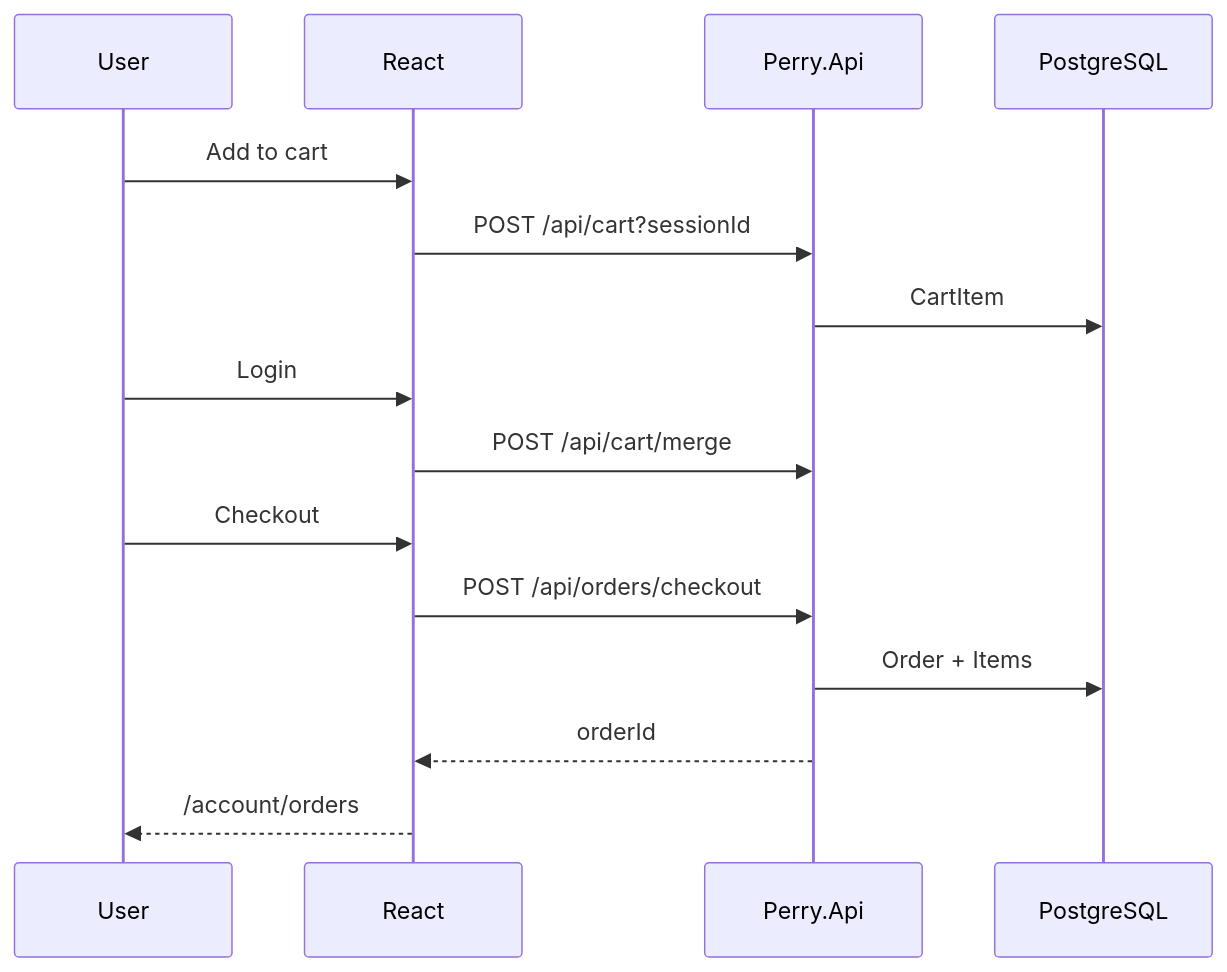
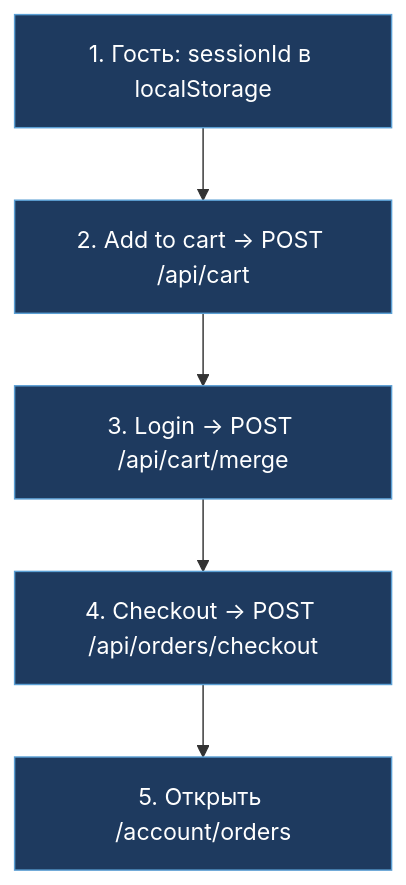
One commit to ITSTEP-PERRY/perry-front changed the diagram in project_defense/12_frontend-cart-checkout-flow/diagram.mmd. Above: the diagram before and after it, drawn with Mermaid. The commit also changed 41 other files, not shown here.

Commit message:
docs(defense): clearer diagrams, PPTX with per-slide descriptions.

```diff
--- a/project_defense/12_frontend-cart-checkout-flow/diagram.mmd
+++ b/project_defense/12_frontend-cart-checkout-flow/diagram.mmd
@@ -1,16 +1,11 @@
-sequenceDiagram
-  participant U as User
-  participant FE as React
-  participant API as Perry.Api
-  participant DB as PostgreSQL
+flowchart TB
+  S1["1. Гость: sessionId в localStorage"]
+  S2["2. Add to cart → POST /api/cart"]
+  S3["3. Login → POST /api/cart/merge"]
+  S4["4. Checkout → POST /api/orders/checkout"]
+  S5["5. Открыть /account/orders"]
 
-  U->>FE: Add to cart
-  FE->>API: POST /api/cart?sessionId
-  API->>DB: CartItem
-  U->>FE: Login
-  FE->>API: POST /api/cart/merge
-  U->>FE: Checkout
-  FE->>API: POST /api/orders/checkout
-  API->>DB: Order + Items
-  API-->>FE: orderId
-  FE-->>U: /account/orders
+  S1 --> S2 --> S3 --> S4 --> S5
+
+  classDef a fill:#1e3a5f,stroke:#5b9fd4,color:#fff
+  class S1,S2,S3,S4,S5 a
```
